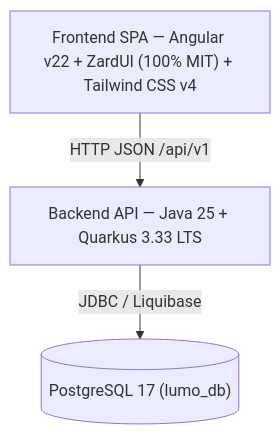
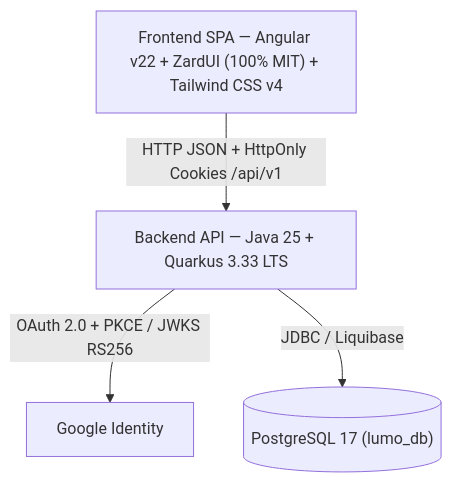
One commit to tiaggofg/lumo-app changed the second of 4 diagrams in docs/arquitetura-c4.md. Above: the diagram before and after it, drawn with Mermaid. The commit also changed other lines of this file and 92 other files, not shown here.

First line of the commit message:
feat(auth): add Google OAuth 2.0 PKCE auth and sessions

````diff
--- a/docs/arquitetura-c4.md
+++ b/docs/arquitetura-c4.md
@@ -12,5 +12,6 @@
 ```mermaid
 flowchart TB
-  SPA["Frontend SPA — Angular v22 + ZardUI (100% MIT) + Tailwind CSS v4"] -->|HTTP JSON /api/v1| API["Backend API — Java 25 + Quarkus 3.33 LTS"]
+  SPA["Frontend SPA — Angular v22 + ZardUI (100% MIT) + Tailwind CSS v4"] -->|HTTP JSON + HttpOnly Cookies /api/v1| API["Backend API — Java 25 + Quarkus 3.33 LTS"]
+  API -->|OAuth 2.0 + PKCE / JWKS RS256| Google["Google Identity"]
   API -->|JDBC / Liquibase| DB[("PostgreSQL 17 (lumo_db)")]
 ```
````
